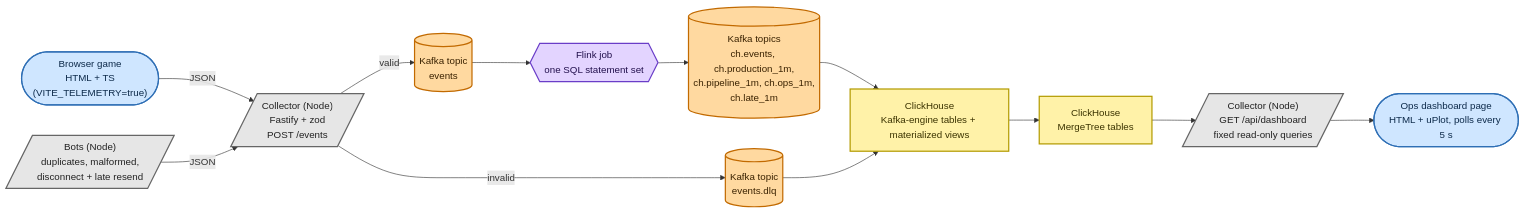
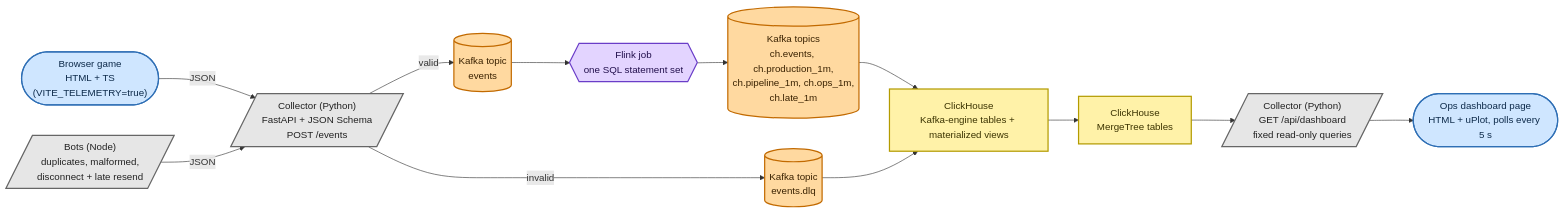
The first of 2 diagrams in docs/pipeline.md (tses89214/Rise-Slime), drawn with Mermaid before and after one commit. The commit also changed other lines of this file and 18 other files, not shown here.

First line of the commit message:
Collector: rewrite in Python (FastAPI), validate with JSON Schema exported from zod

````diff
--- a/docs/pipeline.md
+++ b/docs/pipeline.md
@@ -21,36 +21,36 @@
 ```mermaid
 flowchart LR
   classDef kafka fill:#FFD9A0,stroke:#C26A00,color:#3a2200,stroke-width:2px
   classDef flink fill:#E3D4FF,stroke:#6A3DC8,color:#22104d,stroke-width:2px
   classDef ch fill:#FFF2A8,stroke:#B39B00,color:#3b3300,stroke-width:2px
   classDef html fill:#CFE6FF,stroke:#2F6FB5,color:#0d2a4a,stroke-width:2px
   classDef node fill:#E6E6E6,stroke:#666,color:#222,stroke-width:2px
 
   game(["Browser game<br/>HTML + TS<br/>(VITE_TELEMETRY=true)"]):::html
   bots[/"Bots (Node)<br/>duplicates, malformed,<br/>disconnect + late resend"/]:::node
-  collector[/"Collector (Node)<br/>Fastify + zod<br/>POST /events"/]:::node
+  collector[/"Collector (Python)<br/>FastAPI + JSON Schema<br/>POST /events"/]:::node
 
   t_events[("Kafka topic<br/>events")]:::kafka
   t_dlq[("Kafka topic<br/>events.dlq")]:::kafka
   t_ch[("Kafka topics<br/>ch.events, ch.production_1m,<br/>ch.pipeline_1m, ch.ops_1m,<br/>ch.late_1m")]:::kafka
 
   flink{{"Flink job<br/>one SQL statement set"}}:::flink
 
   chk["ClickHouse<br/>Kafka-engine tables + materialized views"]:::ch
   store["ClickHouse<br/>MergeTree tables"]:::ch
 
-  api[/"Collector (Node)<br/>GET /api/dashboard<br/>fixed read-only queries"/]:::node
+  api[/"Collector (Python)<br/>GET /api/dashboard<br/>fixed read-only queries"/]:::node
   dash(["Ops dashboard page<br/>HTML + uPlot, polls every 5 s"]):::html
 
   game -->|JSON| collector
   bots -->|JSON| collector
   collector -->|valid| t_events
   collector -->|invalid| t_dlq
   t_events --> flink
   flink --> t_ch
   t_ch --> chk
   t_dlq --> chk
   chk --> store
   store --> api
   api --> dash
 ```
````
